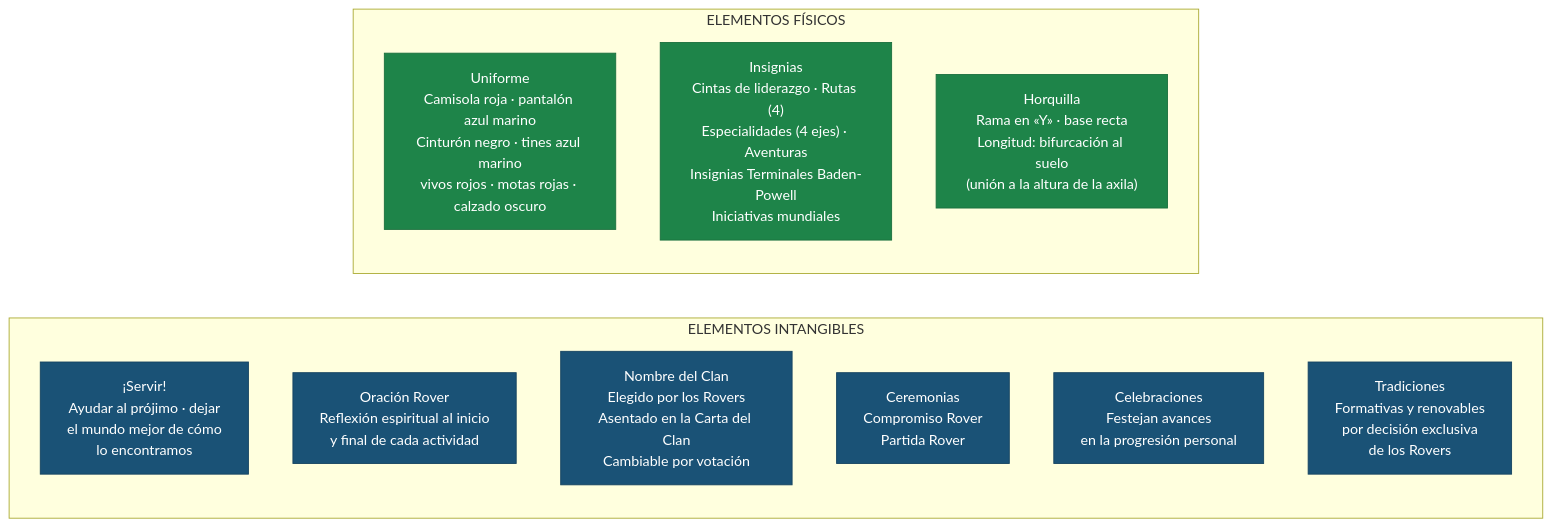
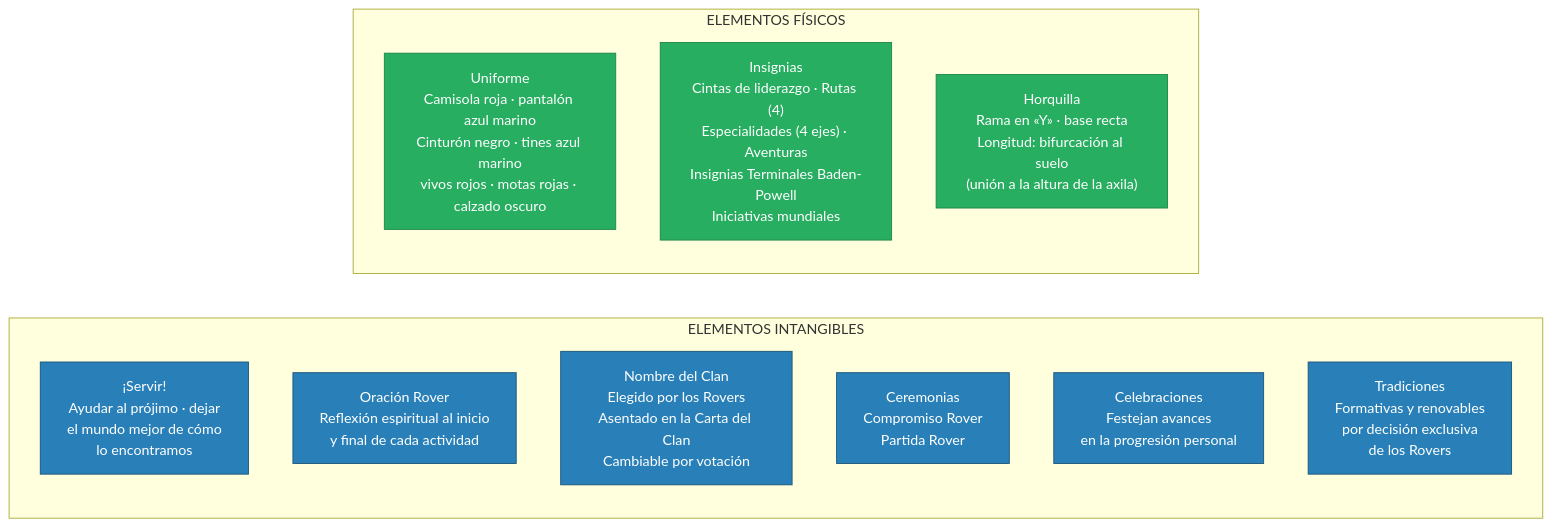
One commit to conecta-clanes/my-website changed the third of 8 diagrams in docs/base-conocimiento/tips-consejeros/marco-simbolico-clan-rovers.md. Above: the diagram before and after it, drawn with Mermaid. The commit also changed other lines of this file and 51 other files, not shown here.

````diff
--- a/docs/base-conocimiento/tips-consejeros/marco-simbolico-clan-rovers.md
+++ b/docs/base-conocimiento/tips-consejeros/marco-simbolico-clan-rovers.md
@@ -74,23 +74,23 @@
 ```mermaid
 flowchart LR
     subgraph INT["ELEMENTOS INTANGIBLES"]
         LEMA["¡Servir!<BR>Ayudar al prójimo · dejar<BR>el mundo mejor de cómo<BR>lo encontramos"]
         ORA["Oración Rover<BR>Reflexión espiritual al inicio<BR>y final de cada actividad"]
         NOM["Nombre del Clan<BR>Elegido por los Rovers<BR>Asentado en la Carta del Clan<BR>Cambiable por votación"]
         CER["Ceremonias<BR>Compromiso Rover<BR>Partida Rover"]
         CEL["Celebraciones<BR>Festejan avances<BR>en la progresión personal"]
         TRA["Tradiciones<BR>Formativas y renovables<BR>por decisión exclusiva<BR>de los Rovers"]
     end
 
     subgraph FIS["ELEMENTOS FÍSICOS"]
         UNI["Uniforme<BR>Camisola roja · pantalón azul marino<BR>Cinturón negro · tines azul marino<BR>vivos rojos · motas rojas · calzado oscuro"]
         INS["Insignias<BR>Cintas de liderazgo · Rutas (4)<BR>Especialidades (4 ejes) · Aventuras<BR>Insignias Terminales Baden-Powell<BR>Iniciativas mundiales"]
         HOR["Horquilla<BR>Rama en «Y» · base recta<BR>Longitud: bifurcación al suelo<BR>(unión a la altura de la axila)"]
     end
 
-    classDef intangible fill:#1a5276,stroke:#154360,color:#fff
-    classDef fisico fill:#1e8449,stroke:#196f3d,color:#fff
+    classDef intangible fill:#2980b9,stroke:#1a5276,color:#fff
+    classDef fisico fill:#27ae60,stroke:#1e8449,color:#fff
 
     class LEMA,ORA,NOM,CER,CEL,TRA intangible
     class UNI,INS,HOR fisico
 ```
````
